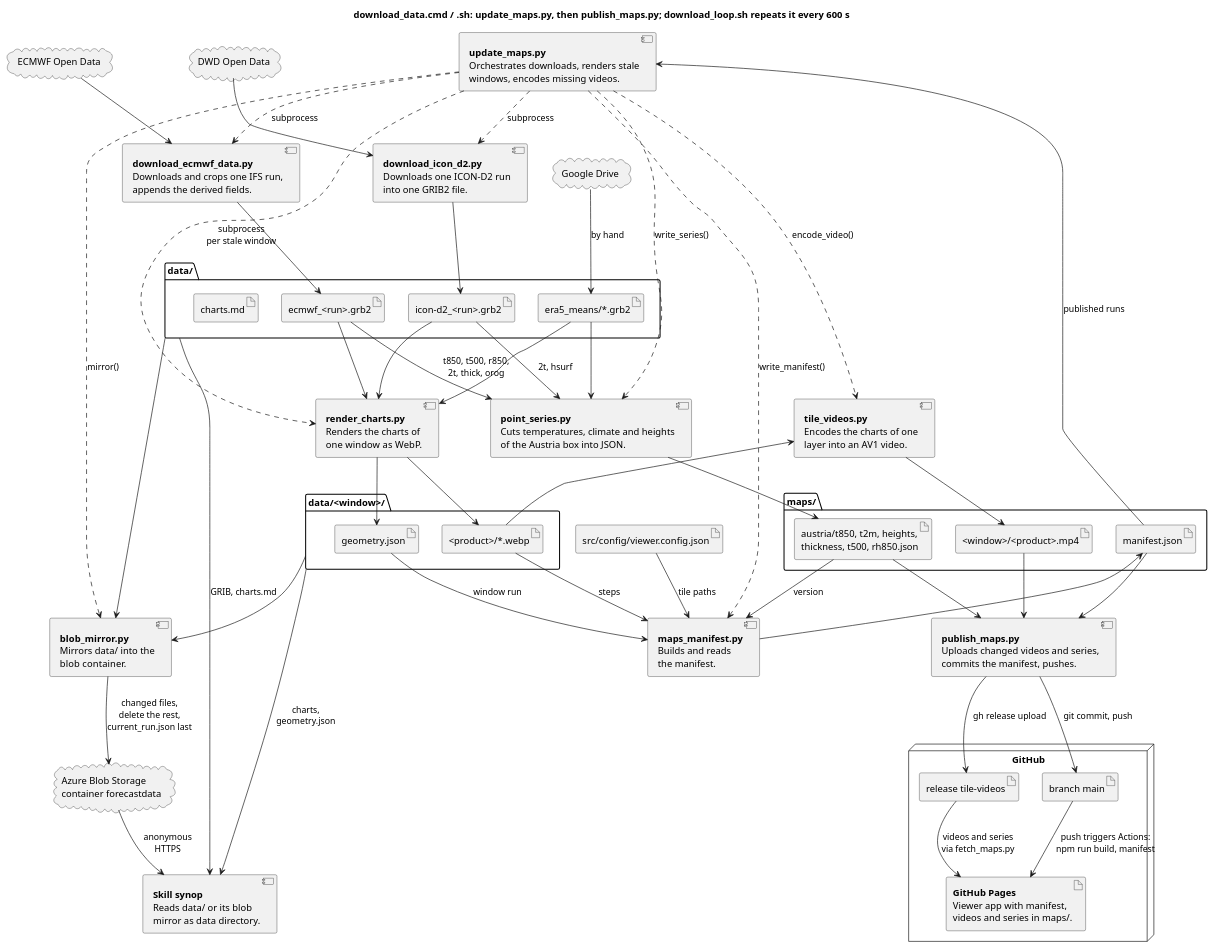
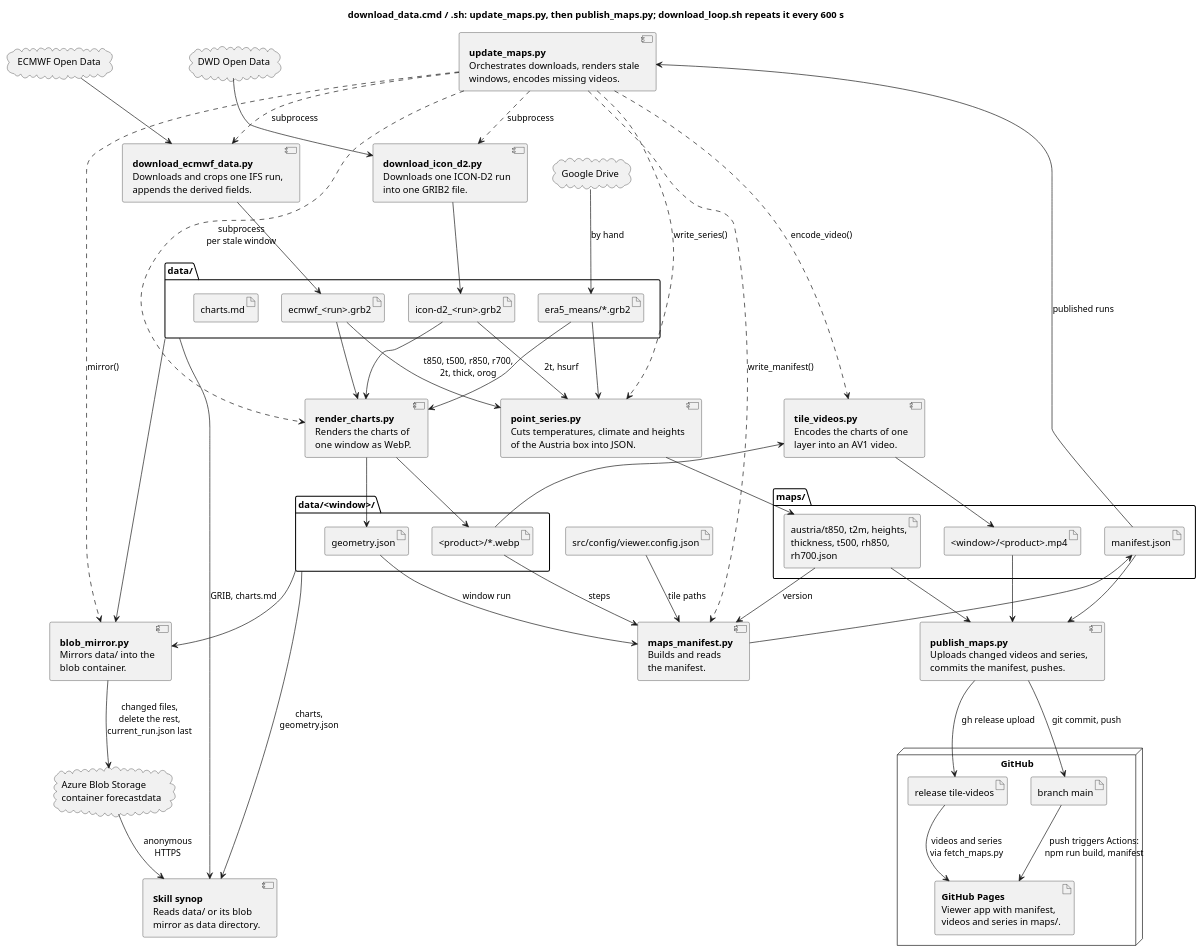
One commit to schletz/wetterkartenviewer changed the first of 5 diagrams in REFERENCE.scripts.md. Above: the diagram before and after it, drawn with PlantUML. The commit also changed other lines of this file and 12 other files, not shown here.

```diff
--- a/REFERENCE.scripts.md
+++ b/REFERENCE.scripts.md
@@ -98,7 +98,7 @@
 }
 folder "maps/" {
  artifact "<window>/<product>.mp4" as videos
- artifact "austria/t850, t2m, heights,\nthickness, t500, rh850.json" as series
+ artifact "austria/t850, t2m, heights,\nthickness, t500, rh850,\nrh700.json" as series
  artifact "manifest.json" as manifest
 }
 artifact "src/config/viewer.config.json" as config
@@ -130,7 +130,7 @@
 render_charts --> geometry
 charts --> tile_videos
 tile_videos --> videos
-ecmwf_grib --> point_series : t850, t500, r850,\n2t, thick, orog
+ecmwf_grib --> point_series : t850, t500, r850, r700,\n2t, thick, orog
 icon_grib --> point_series : 2t, hsurf
 era5 --> point_series
 point_series --> series
```
